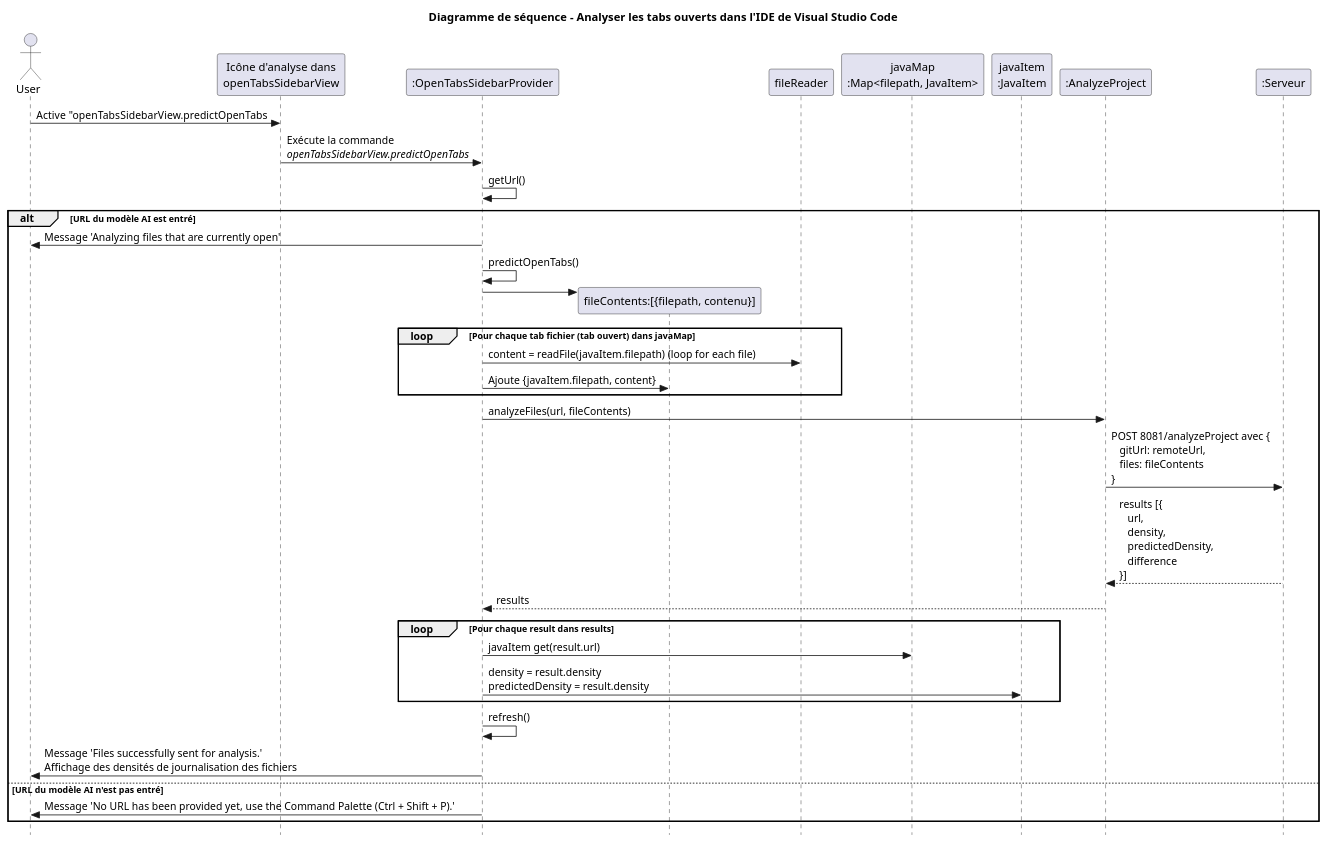
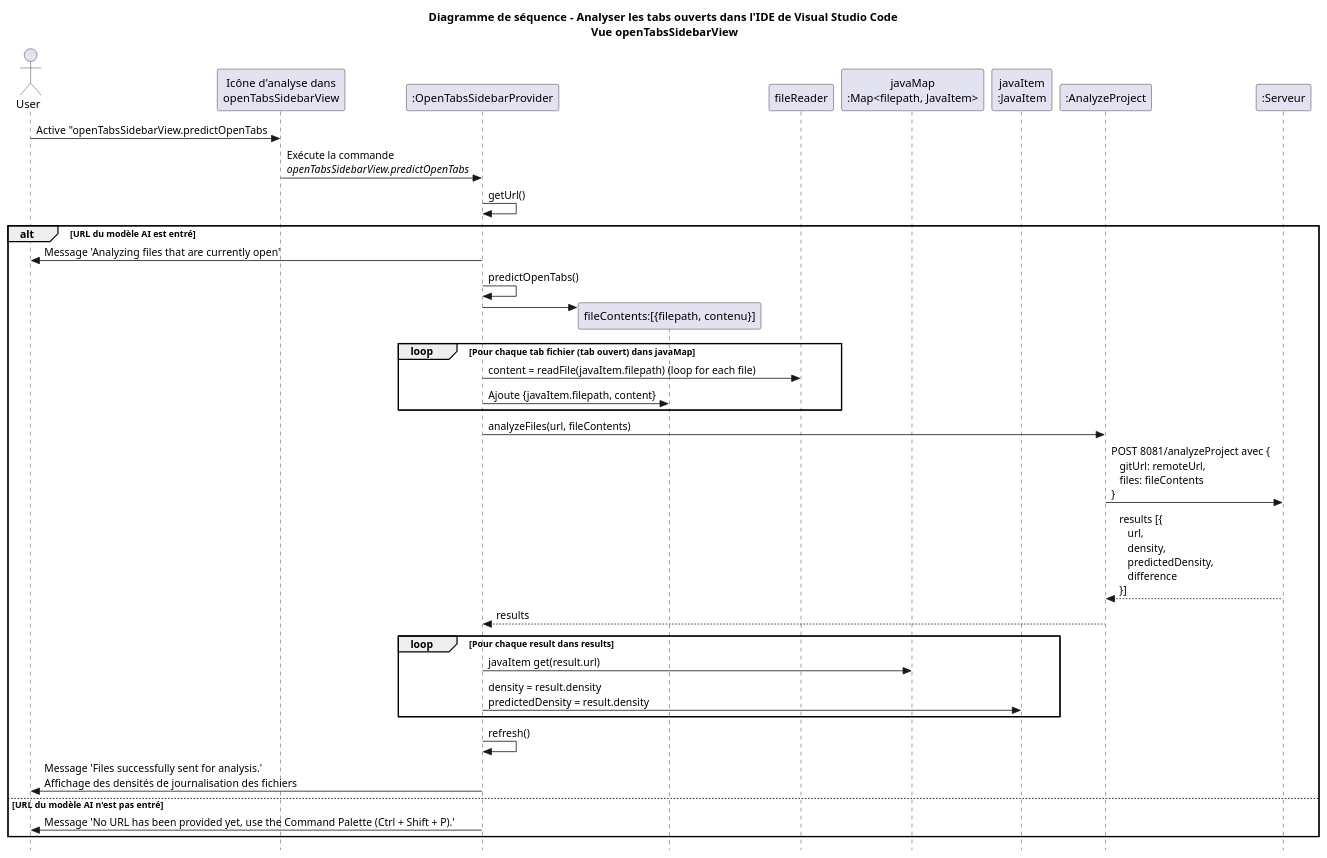
One commit to DaREf-MS/log-density-plugin changed the diagram in artifacts/ds - analyse tabs ouverts.puml. Above: the diagram before and after it, drawn with PlantUML. The commit also changed 1 other file, not shown here.

Commit message:
ds - analyse de fichiers choisis

```diff
--- a/artifacts/ds - analyse tabs ouverts.puml
+++ b/artifacts/ds - analyse tabs ouverts.puml
@@ -1,45 +1,45 @@
 @startuml
-title Diagramme de séquence - Analyser les tabs ouverts dans l'IDE de Visual Studio Code
+title Diagramme de séquence - Analyser les tabs ouverts dans l'IDE de Visual Studio Code\n Vue openTabsSidebarView
 skinparam style strictuml
 
 actor User
 participant "Icône d'analyse dans\nopenTabsSidebarView" as CommandPalette
 participant ":OpenTabsSidebarProvider" as SidebarProvider
 
 User -> CommandPalette : Active "openTabsSidebarView.predictOpenTabs
 CommandPalette -> SidebarProvider: Exécute la commande \n//openTabsSidebarView.predictOpenTabs//
 
 SidebarProvider -> SidebarProvider : getUrl()
 alt URL du modèle AI est entré
     SidebarProvider -> User : Message 'Analyzing files that are currently open'
     SidebarProvider -> SidebarProvider : predictOpenTabs()
 
     SidebarProvider -> "fileContents:[{filepath, contenu}]" as fileContents **
     loop Pour chaque tab fichier (tab ouvert) dans javaMap
         SidebarProvider -> fileReader : content = readFile(javaItem.filepath) (loop for each file)
         SidebarProvider -> fileContents : Ajoute {javaItem.filepath, content}
     end
 
 participant ":FileReader" as fileReader
 participant "javaMap\n:Map<filepath, JavaItem>" as javaMap
 participant "javaItem\n:JavaItem" as javaItem
 participant ":AnalyzeProject" as AnalyzeProject
 participant ":Serveur" as server
 
     SidebarProvider -> AnalyzeProject : analyzeFiles(url, fileContents)
     AnalyzeProject -> server : POST 8081/analyzeProject avec {\n   gitUrl: remoteUrl,\n   files: fileContents\n}
     server --> AnalyzeProject : results [{\n   url,\n   density,\n   predictedDensity,\n   difference\n}]
     AnalyzeProject --> SidebarProvider : results
 
     loop Pour chaque result dans results
         SidebarProvider -> javaMap : javaItem get(result.url)
         SidebarProvider -> javaItem : density = result.density\npredictedDensity = result.density
     end
 
     SidebarProvider -> SidebarProvider : refresh()
-    SidebarProvider -> User: Message 'Files successfully sent for analysis.' \nAffichage des densités de journalisation des fichiers
+    SidebarProvider -> User: Message 'Files successfully sent for analysis.'\nAffichage des densités de journalisation des fichiers
 
 else URL du modèle AI n'est pas entré
     SidebarProvider -> User : Message 'No URL has been provided yet, use the Command Palette (Ctrl + Shift + P).'
 end
 @enduml
```
